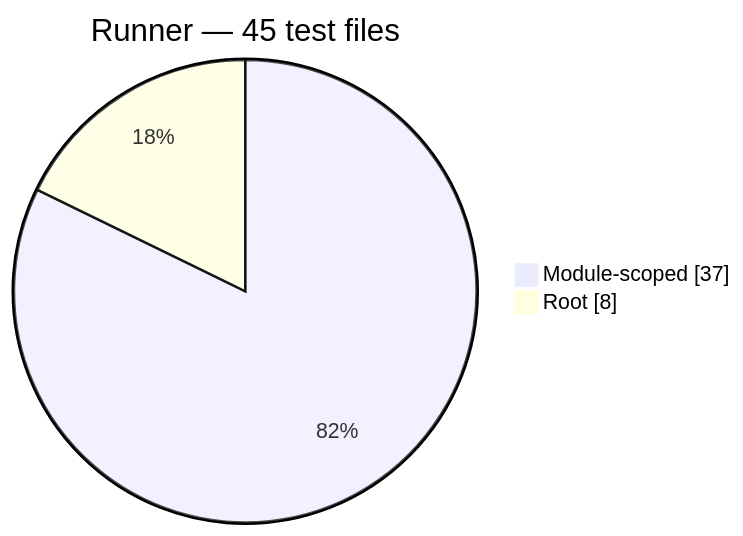
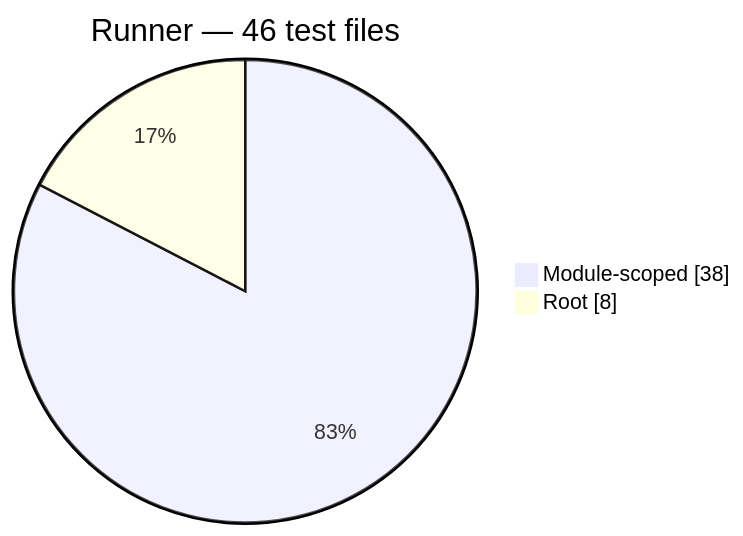
Before and after one commit to Mohammed-Alama/php-arazzo: the ninth of 12 diagrams in docs/generated/test-composition.md, drawn with Mermaid. The commit also changed other lines of this file and 14 other files, not shown here.

````diff
--- a/docs/generated/test-composition.md
+++ b/docs/generated/test-composition.md
@@ -122,6 +122,6 @@
 ```mermaid
 pie showData
-    title Runner — 45 test files
-    "Module-scoped": 37
+    title Runner — 46 test files
+    "Module-scoped": 38
     "Root": 8
 ```
````
